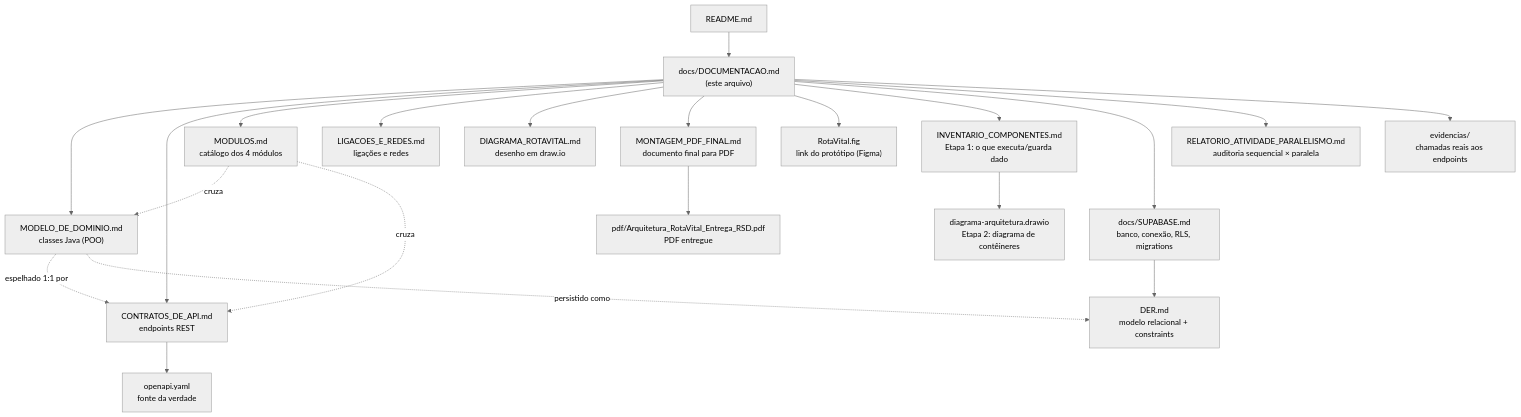
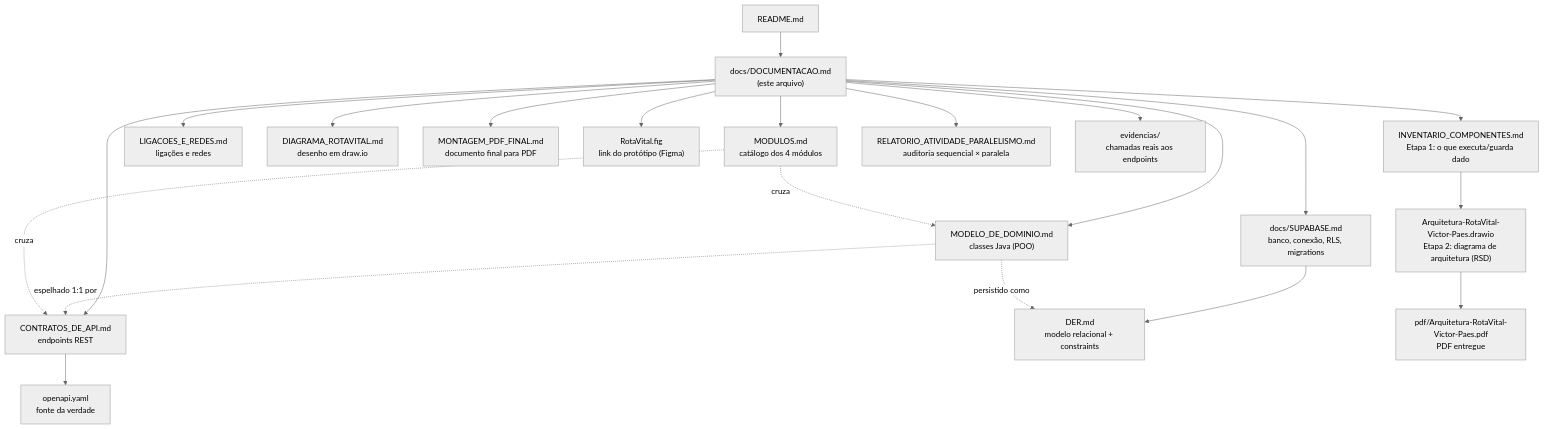
Before and after one commit to viictorpaes/Rotavital: the diagram in docs/DOCUMENTACAO.md, drawn with Mermaid (neutral theme). The commit also changed other lines of this file and 15 other files, not shown here.

First line of the commit message:
docs: entrega RSD — diagrama de arquitetura (PDF + .drawio)

````diff
--- a/docs/DOCUMENTACAO.md
+++ b/docs/DOCUMENTACAO.md
@@ -36,23 +36,23 @@
 ```mermaid
 flowchart TD
     R["README.md"] --> IDX["docs/DOCUMENTACAO.md<br/>(este arquivo)"]
     IDX --> DOM["MODELO_DE_DOMINIO.md<br/>classes Java (POO)"]
     IDX --> API["CONTRATOS_DE_API.md<br/>endpoints REST"]
     IDX --> MOD["MODULOS.md<br/>catálogo dos 4 módulos"]
     IDX --> NET["LIGACOES_E_REDES.md<br/>ligações e redes"]
     IDX --> DIA["DIAGRAMA_ROTAVITAL.md<br/>desenho em draw.io"]
     IDX --> PDF["MONTAGEM_PDF_FINAL.md<br/>documento final para PDF"]
     API --> SPEC["openapi.yaml<br/>fonte da verdade"]
     DOM -. "espelhado 1:1 por" .-> API
     MOD -. "cruza" .-> DOM
     MOD -. "cruza" .-> API
     IDX --> FIG["RotaVital.fig<br/>link do protótipo (Figma)"]
     IDX --> INV["INVENTARIO_COMPONENTES.md<br/>Etapa 1: o que executa/guarda dado"]
-    INV --> DRAW["diagrama-arquitetura.drawio<br/>Etapa 2: diagrama de contêineres"]
+    INV --> DRAW["Arquitetura-RotaVital-Victor-Paes.drawio<br/>Etapa 2: diagrama de arquitetura (RSD)"]
     IDX --> SB["docs/SUPABASE.md<br/>banco, conexão, RLS, migrations"]
     SB --> DER["DER.md<br/>modelo relacional + constraints"]
     DOM -. "persistido como" .-> DER
     IDX --> PAR["RELATORIO_ATIVIDADE_PARALELISMO.md<br/>auditoria sequencial × paralela"]
     IDX --> EVD["evidencias/<br/>chamadas reais aos endpoints"]
-    PDF --> ENT["pdf/Arquitetura_RotaVital_Entrega_RSD.pdf<br/>PDF entregue"]
+    DRAW --> ENT["pdf/Arquitetura-RotaVital-Victor-Paes.pdf<br/>PDF entregue"]
 ```
````
